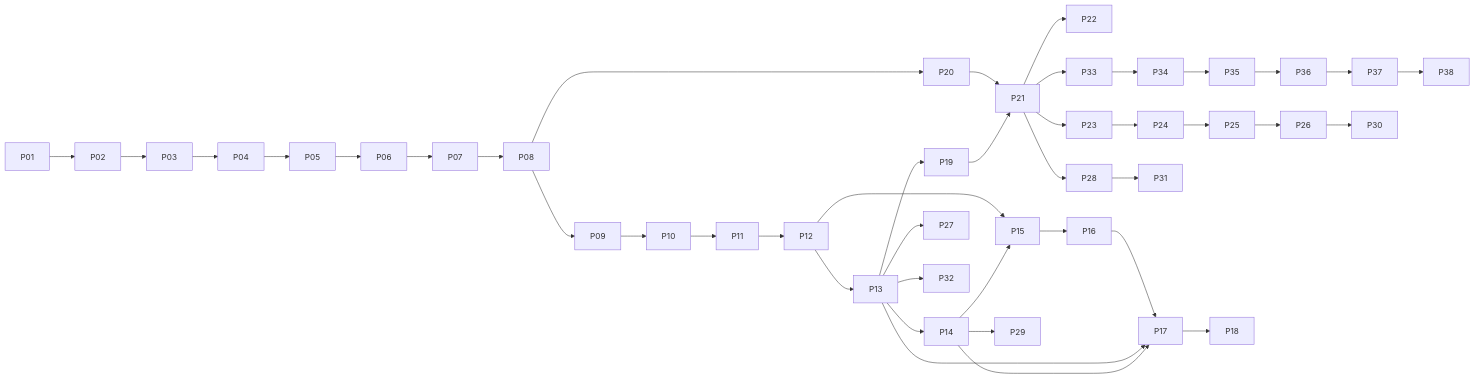
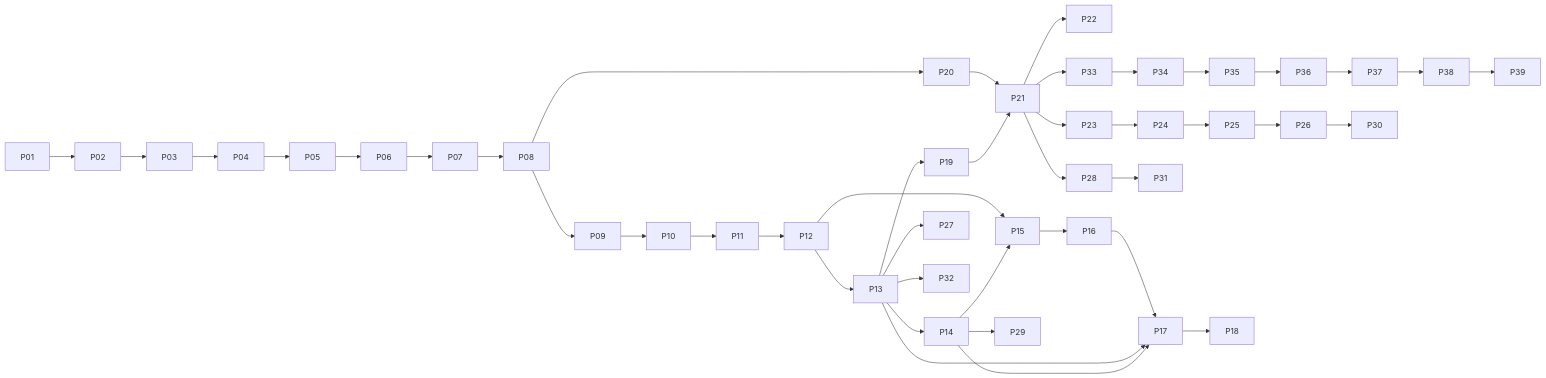
One commit to takemo101/ambien changed the diagram in docs/implementation-plan.md. Above: the diagram before and after it, drawn with Mermaid. The commit also changed other lines of this file and 7 other files, not shown here.

````diff
--- a/docs/implementation-plan.md
+++ b/docs/implementation-plan.md
@@ -108,28 +108,29 @@
 ```mermaid
 flowchart LR
  P01 --> P02 --> P03 --> P04 --> P05 --> P06 --> P07 --> P08 --> P09 --> P10 --> P11 --> P12 --> P13 --> P14
  P12 --> P15
  P13 --> P19
  P08 --> P20
  P20 --> P21
  P19 --> P21
  P21 --> P22
  P21 --> P23
  P23 --> P24 --> P25
  P13 --> P27
  P21 --> P28
  P14 --> P29
  P21 --> P33
  P33 --> P34
  P34 --> P35
  P35 --> P36
  P36 --> P37
  P37 --> P38
+ P38 --> P39
  P26 --> P30
  P28 --> P31
  P13 --> P32
  P25 --> P26
  P14 --> P15 --> P16 --> P17 --> P18
  P13 --> P17
  P14 --> P17
 ```
````
